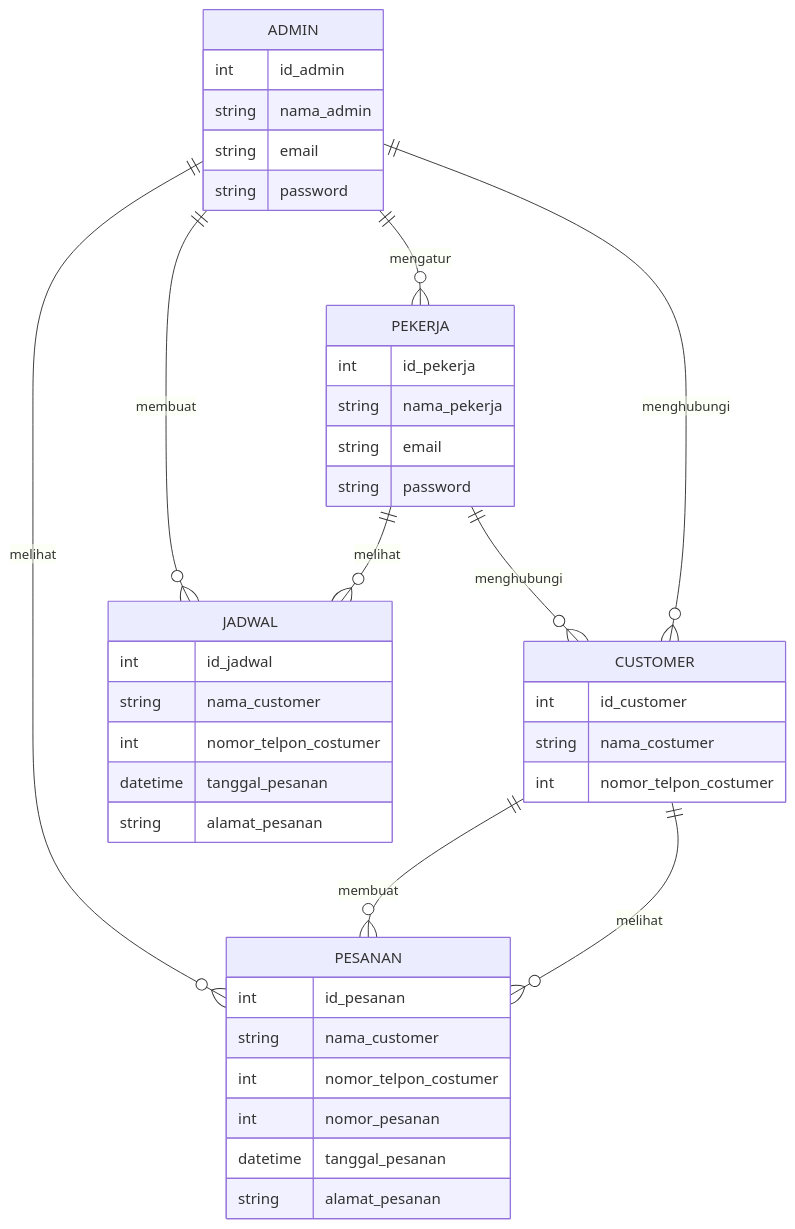
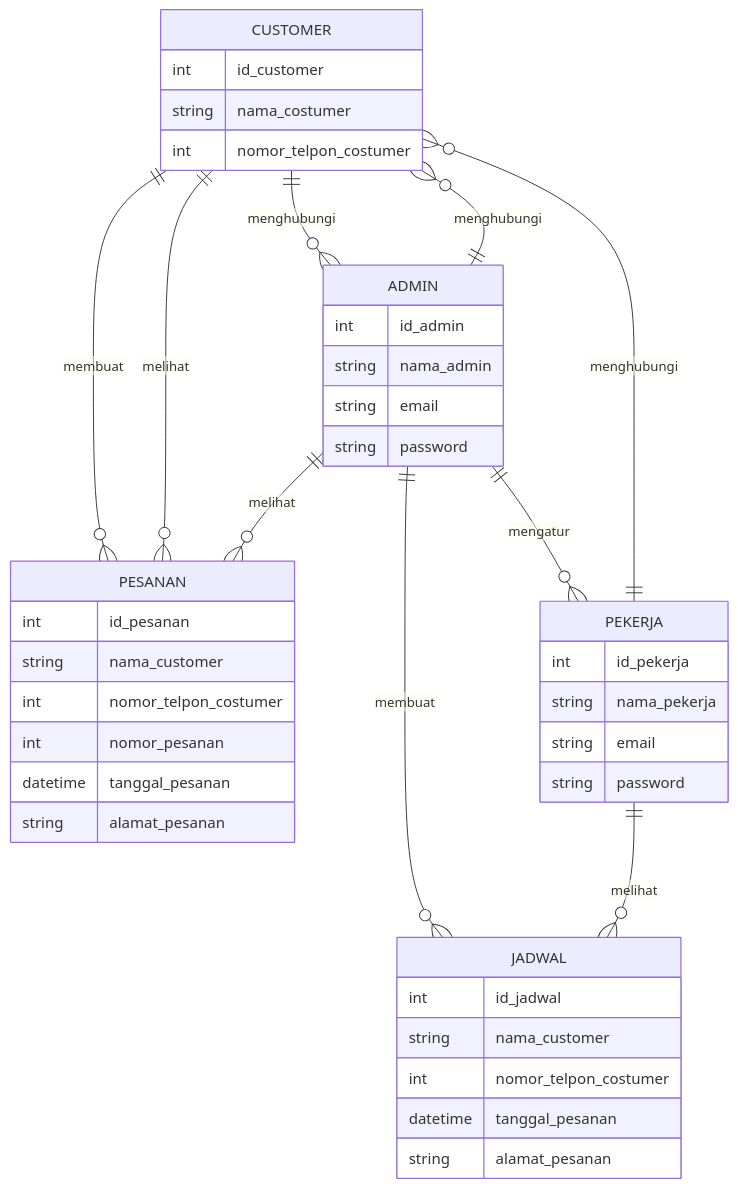
The first of 2 diagrams in AJS.md (joelaey/Design), drawn with Mermaid before and after one commit. The commit also changed other lines of this file, not shown here.

````diff
--- a/AJS.md
+++ b/AJS.md
@@ -57,43 +58,44 @@
 ```mermaid
 erDiagram
     CUSTOMER ||--o{ PESANAN : membuat
     CUSTOMER ||--o{ PESANAN : melihat
+    CUSTOMER ||--o{ ADMIN : menghubungi
     CUSTOMER{
       int id_customer
       string nama_costumer
       int nomor_telpon_costumer
     }
     ADMIN ||--o{ PESANAN : melihat
     ADMIN ||--o{ JADWAL : membuat
     ADMIN ||--o{ PEKERJA : mengatur
     ADMIN ||--o{ CUSTOMER : menghubungi
     ADMIN{
       int id_admin
       string nama_admin
       string email
       string password
     }
     PEKERJA ||--o{ JADWAL : melihat
     PEKERJA ||--o{ CUSTOMER : menghubungi
     PEKERJA{
       int id_pekerja
       string nama_pekerja
       string email
       string password
     }
     PESANAN{
       int id_pesanan
       string nama_customer
       int nomor_telpon_costumer
       int nomor_pesanan
       datetime tanggal_pesanan
       string alamat_pesanan
     }
     JADWAL{
       int id_jadwal
       string nama_customer
       int nomor_telpon_costumer
       datetime tanggal_pesanan
       string alamat_pesanan
     }
 ```
````
